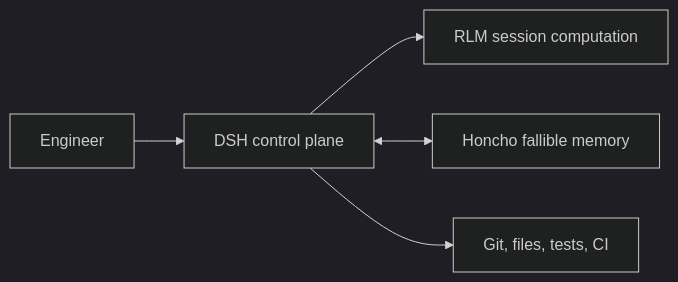
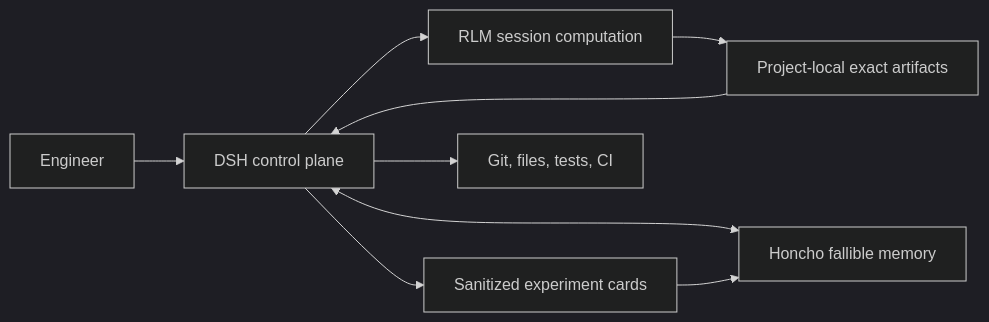
The diagram in README.md (OpenCnid/deepseek-honcho), drawn with Mermaid (dark theme) before and after one commit. The commit also changed other lines of this file and 58 other files, not shown here.

````diff
--- a/README.md
+++ b/README.md
@@ -58,7 +64,10 @@
 ```mermaid
 flowchart LR
     user["Engineer"] --> dsh["DSH control plane"]
     dsh --> rlm["RLM session computation"]
     dsh <--> honcho["Honcho fallible memory"]
+    rlm --> artifacts["Project-local exact artifacts"]
+    artifacts --> dsh
+    dsh --> honchoCards["Sanitized experiment cards"] --> honcho
     dsh --> truth["Git, files, tests, CI"]
 ```
````
